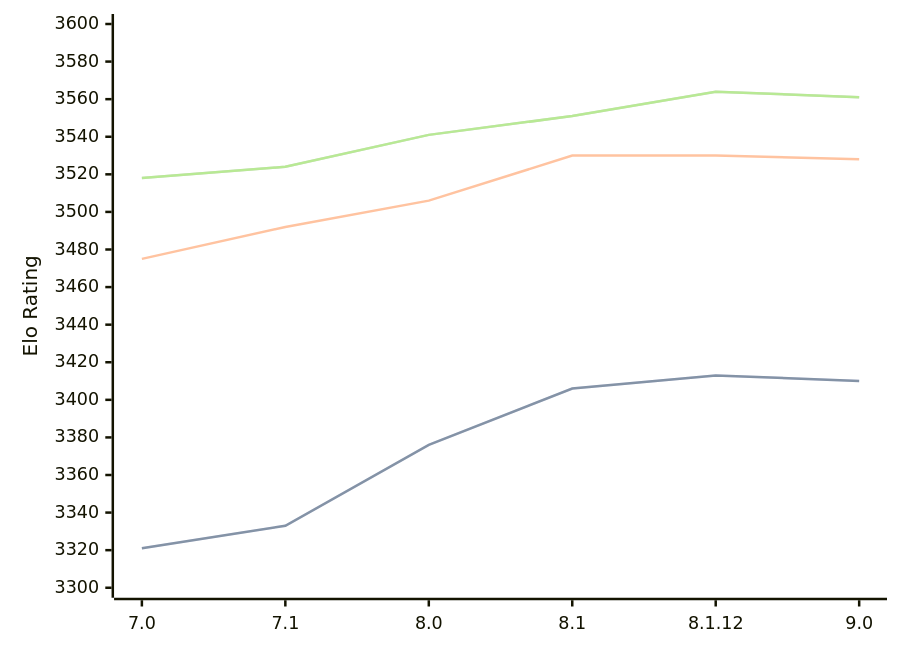
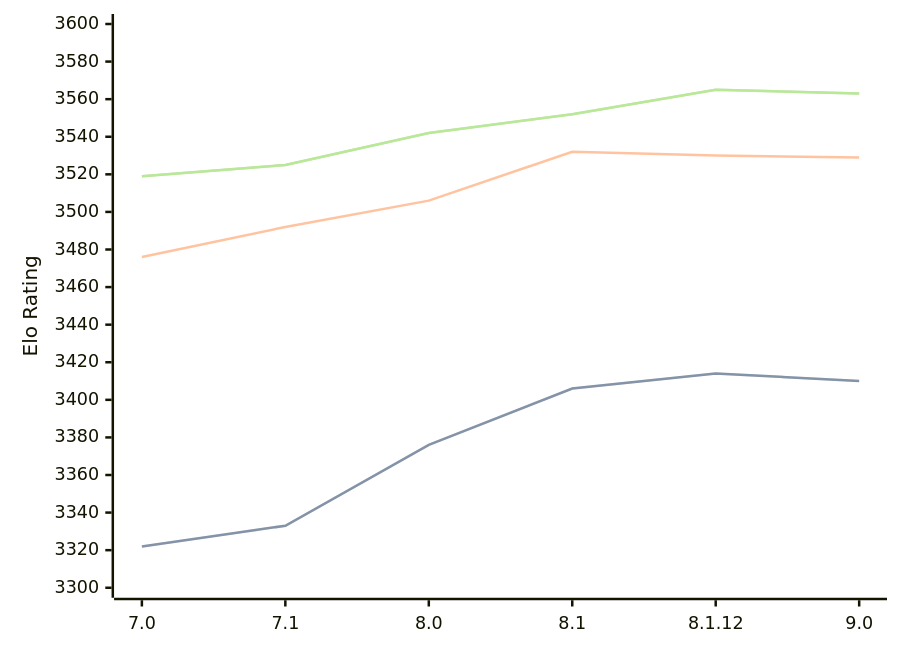
The first of 3 diagrams in engines/Alexandria.md (computer-chess-index/cci), drawn with Mermaid before and after one commit. The commit also changed other lines of this file, not shown here.

Commit message:
Update CCI Ratings (ELO VLTC) - 2026-06-24

````diff
--- a/engines/Alexandria.md
+++ b/engines/Alexandria.md
@@ -55,11 +55,11 @@
 ```mermaid
 %%{init: {"theme":"base","themeVariables":{"seriesColors:['#a3a3a3','#222221','#faa371']}}}%%
 xychart-beta
   x-axis ["7.0", "7.1", "8.0", "8.1", "8.1.12", "9.0"]
   y-axis "Elo Rating" 3300 --> 3600
-  line "STC (8.0+0.08s)" [3321, 3333, 3376, 3406, 3413, 3410]
-  line "STC (8.0+0.08s)" [3321, 3333, 3376, 3406, 3413, 3410]
-  line "LTC (60.0+0.60s)" [3475, 3492, 3506, 3530, 3530, 3528]
-  line "VLTC (2m24s+1.12s)" [3518, 3524, 3541, 3551, 3564, 3561]
-  line "VLTC (2m24s+1.12s)" [3518, 3524, 3541, 3551, 3564, 3561]
+  line "STC (8.0+0.08s)" [3322, 3333, 3376, 3406, 3414, 3410]
+  line "STC (8.0+0.08s)" [3322, 3333, 3376, 3406, 3414, 3410]
+  line "LTC (60.0+0.60s)" [3476, 3492, 3506, 3532, 3530, 3529]
+  line "VLTC (2m24s+1.12s)" [3519, 3525, 3542, 3552, 3565, 3563]
+  line "VLTC (2m24s+1.12s)" [3519, 3525, 3542, 3552, 3565, 3563]
 ```
````
